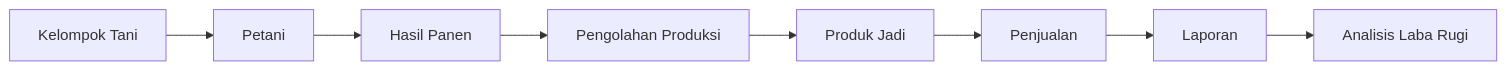
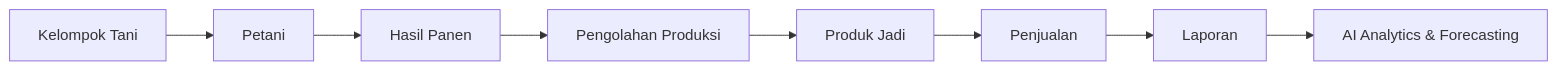
The first of 7 diagrams in README.md (Hadevs27/Sistem-Informasi-Produksi-dan-Penjualan-Hasil-Pertanian), drawn with Mermaid before and after one commit. The commit also changed other lines of this file and 24 other files, not shown here.

````diff
--- a/README.md
+++ b/README.md
@@ -11,10 +19,10 @@
 ```mermaid
 flowchart LR
   A["Kelompok Tani"] --> B["Petani"]
   B --> C["Hasil Panen"]
   C --> D["Pengolahan Produksi"]
   D --> E["Produk Jadi"]
   E --> F["Penjualan"]
   F --> G["Laporan"]
-  G --> H["Analisis Laba Rugi"]
+  G --> H["AI Analytics & Forecasting"]
 ```
````
